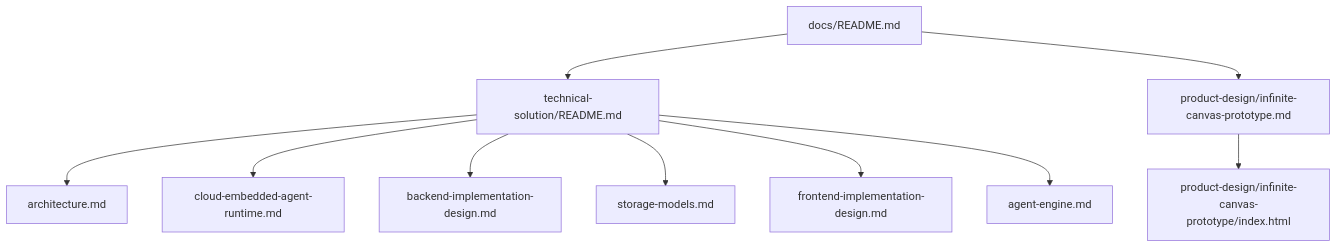
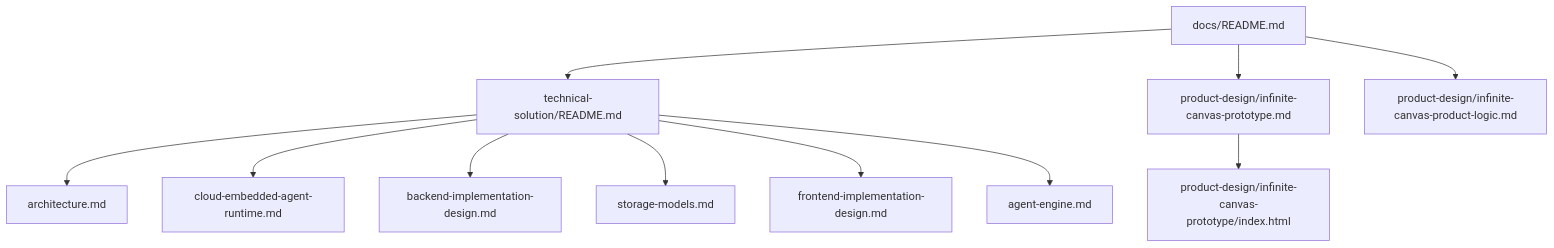
One commit to fengwk/kk-studio changed the diagram in docs/README.md. Above: the diagram before and after it, drawn with Mermaid. The commit also changed other lines of this file and 2 other files, not shown here.

Commit message:
docs: define infinite canvas product logic

````diff
--- a/docs/README.md
+++ b/docs/README.md
@@ -7,13 +7,14 @@
 ```mermaid
 flowchart TD
     A[docs/README.md]
     A --> B[technical-solution/README.md]
     A --> I[product-design/infinite-canvas-prototype.md]
+    A --> K[product-design/infinite-canvas-product-logic.md]
     I --> J[product-design/infinite-canvas-prototype/index.html]
     B --> C[architecture.md]
     B --> D[cloud-embedded-agent-runtime.md]
     B --> E[backend-implementation-design.md]
     B --> F[storage-models.md]
     B --> G[frontend-implementation-design.md]
     B --> H[agent-engine.md]
 ```
````
